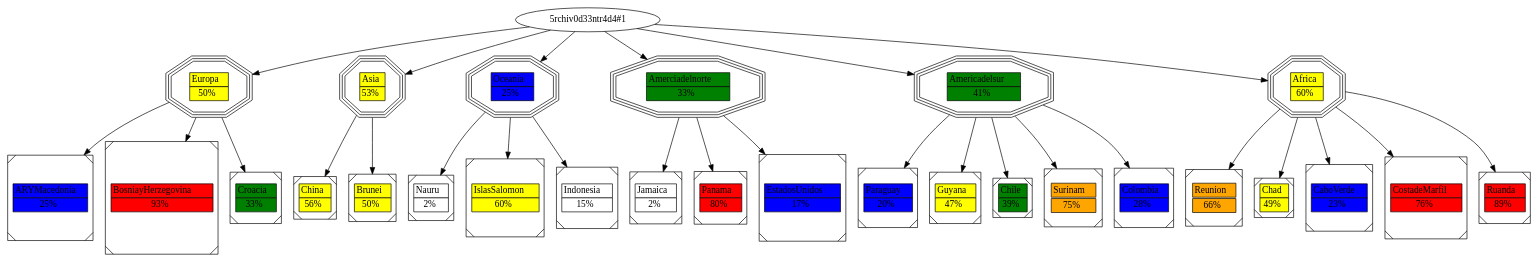
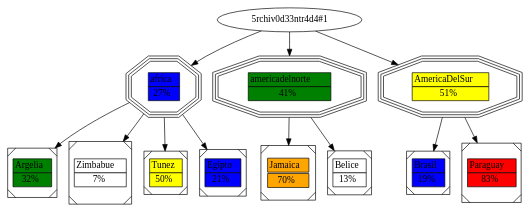
The diagram in graph.dot (C-arl-os/-LFP-2S24Proyectos_202201131), drawn with Graphviz before and after one commit. The commit also changed 8 other files, not shown here.

```diff
--- a/graph.dot
+++ b/graph.dot
@@ -1,77 +1,32 @@
 digraph G {
-"5rchiv0d33ntr4d4#1" -> "Europa"
-ARYMacedonia[label=<<table border="0" cellborder="1" cellspacing="0"><tr><td bgcolor="blue">ARYMacedonia</td></tr><tr><td bgcolor="blue">25%</td></tr></table>>, shape=Msquare];
-Europa -> ARYMacedonia
+"5rchiv0d33ntr4d4#1" -> "africa"
+Argelia[label=<<table border="0" cellborder="1" cellspacing="0"><tr><td bgcolor="green">Argelia</td></tr><tr><td bgcolor="green">32%</td></tr></table>>, shape=Msquare];
+africa -> Argelia
 
-BosniayHerzegovina[label=<<table border="0" cellborder="1" cellspacing="0"><tr><td bgcolor="red">BosniayHerzegovina</td></tr><tr><td bgcolor="red">93%</td></tr></table>>, shape=Msquare];
-Europa -> BosniayHerzegovina
+Zimbabue[label=<<table border="0" cellborder="1" cellspacing="0"><tr><td bgcolor="white">Zimbabue</td></tr><tr><td bgcolor="white">7%</td></tr></table>>, shape=Msquare];
+africa -> Zimbabue
 
-Croacia[label=<<table border="0" cellborder="1" cellspacing="0"><tr><td bgcolor="green">Croacia</td></tr><tr><td bgcolor="green">33%</td></tr></table>>, shape=Msquare];
-Europa -> Croacia
+Tunez[label=<<table border="0" cellborder="1" cellspacing="0"><tr><td bgcolor="yellow">Tunez</td></tr><tr><td bgcolor="yellow">50%</td></tr></table>>, shape=Msquare];
+africa -> Tunez
 
-Europa[label=<<table border="0" cellborder="1" cellspacing="0"><tr><td bgcolor="yellow">Europa</td></tr><tr><td bgcolor="yellow">50%</td></tr></table>>, shape=tripleoctagon];
-"5rchiv0d33ntr4d4#1" -> "Asia"
-China[label=<<table border="0" cellborder="1" cellspacing="0"><tr><td bgcolor="yellow">China</td></tr><tr><td bgcolor="yellow">56%</td></tr></table>>, shape=Msquare];
-Asia -> China
+Egipto[label=<<table border="0" cellborder="1" cellspacing="0"><tr><td bgcolor="blue">Egipto</td></tr><tr><td bgcolor="blue">21%</td></tr></table>>, shape=Msquare];
+africa -> Egipto
 
-Brunei[label=<<table border="0" cellborder="1" cellspacing="0"><tr><td bgcolor="yellow">Brunei</td></tr><tr><td bgcolor="yellow">50%</td></tr></table>>, shape=Msquare];
-Asia -> Brunei
+africa[label=<<table border="0" cellborder="1" cellspacing="0"><tr><td bgcolor="blue">africa</td></tr><tr><td bgcolor="blue">27%</td></tr></table>>, shape=tripleoctagon];
+"5rchiv0d33ntr4d4#1" -> "americadelnorte"
+Jamaica[label=<<table border="0" cellborder="1" ellspacing="0"><tr><td bgcolor="orange">Jamaica</td></tr><tr><td bgcolor="orange">70%</td></tr></table>>, shape=Msquare];
+americadelnorte -> Jamaica
 
-Asia[label=<<table border="0" cellborder="1" cellspacing="0"><tr><td bgcolor="yellow">Asia</td></tr><tr><td bgcolor="yellow">53%</td></tr></table>>, shape=tripleoctagon];
-"5rchiv0d33ntr4d4#1" -> "Oceania"
-Nauru[label=<<table border="0" cellborder="1" cellspacing="0"><tr><td bgcolor="white">Nauru</td></tr><tr><td bgcolor="white">2%</td></tr></table>>, shape=Msquare];
-Oceania -> Nauru
+Belice[label=<<table border="0" cellborder="1" cellspacing="0"><tr><td bgcolor="white">Belice</td></tr><tr><td bgcolor="white">13%</td></tr></table>>, shape=Msquare];
+americadelnorte -> Belice
 
-IslasSalomon[label=<<table border="0" cellborder="1" cellspacing="0"><tr><td bgcolor="yellow">IslasSalomon</td></tr><tr><td bgcolor="yellow">60%</td></tr></table>>, shape=Msquare];
-Oceania -> IslasSalomon
+americadelnorte[label=<<table border="0" cellborder="1" cellspacing="0"><tr><td bgcolor="green">americadelnorte</td></tr><tr><td bgcolor="green">41%</td></tr></table>>, shape=tripleoctagon];
+"5rchiv0d33ntr4d4#1" -> "AmericaDelSur"
+Brasil[label=<<table border="0" cellborder="1" cellspacing="0"><tr><td bgcolor="blue">Brasil</td></tr><tr><td bgcolor="blue">19%</td></tr></table>>, shape=Msquare];
+AmericaDelSur -> Brasil
 
-Indonesia[label=<<table border="0" cellborder="1" cellspacing="0"><tr><td bgcolor="white">Indonesia</td></tr><tr><td bgcolor="white">15%</td></tr></table>>, shape=Msquare];
-Oceania -> Indonesia
+Paraguay[label=<<table border="0" cellborder="1" cellspacing="0"><tr><td bgcolor="red">Paraguay</td></tr><tr><td bgcolor="red">83%</td></tr></table>>, shape=Msquare];
+AmericaDelSur -> Paraguay
 
-Oceania[label=<<table border="0" cellborder="1" cellspacing="0"><tr><td bgcolor="blue">Oceania</td></tr><tr><td bgcolor="blue">25%</td></tr></table>>, shape=tripleoctagon];
-"5rchiv0d33ntr4d4#1" -> "Amerciadelnorte"
-Jamaica[label=<<table border="0" cellborder="1" cellspacing="0"><tr><td bgcolor="white">Jamaica</td></tr><tr><td bgcolor="white">2%</td></tr></table>>, shape=Msquare];
-Amerciadelnorte -> Jamaica
-
-Panama[label=<<table border="0" cellborder="1" cellspacing="0"><tr><td bgcolor="red">Panama</td></tr><tr><td bgcolor="red">80%</td></tr></table>>, shape=Msquare];
-Amerciadelnorte -> Panama
-
-EstadosUnidos[label=<<table border="0" cellborder="1" cellspacing="0"><tr><td bgcolor="blue">EstadosUnidos</td></tr><tr><td bgcolor="blue">17%</td></tr></table>>, shape=Msquare];
-Amerciadelnorte -> EstadosUnidos
-
-Amerciadelnorte[label=<<table border="0" cellborder="1" cellspacing="0"><tr><td bgcolor="green">Amerciadelnorte</td></tr><tr><td bgcolor="green">33%</td></tr></table>>, shape=tripleoctagon];
-"5rchiv0d33ntr4d4#1" -> "Americadelsur"
-Paraguay[label=<<table border="0" cellborder="1" cellspacing="0"><tr><td bgcolor="blue">Paraguay</td></tr><tr><td bgcolor="blue">20%</td></tr></table>>, shape=Msquare];
-Americadelsur -> Paraguay
-
-Guyana[label=<<table border="0" cellborder="1" cellspacing="0"><tr><td bgcolor="yellow">Guyana</td></tr><tr><td bgcolor="yellow">47%</td></tr></table>>, shape=Msquare];
-Americadelsur -> Guyana
-
-Chile[label=<<table border="0" cellborder="1" cellspacing="0"><tr><td bgcolor="green">Chile</td></tr><tr><td bgcolor="green">39%</td></tr></table>>, shape=Msquare];
-Americadelsur -> Chile
-
-Surinam[label=<<table border="0" cellborder="1" ellspacing="0"><tr><td bgcolor="orange">Surinam</td></tr><tr><td bgcolor="orange">75%</td></tr></table>>, shape=Msquare];
-Americadelsur -> Surinam
-
-Colombia[label=<<table border="0" cellborder="1" cellspacing="0"><tr><td bgcolor="blue">Colombia</td></tr><tr><td bgcolor="blue">28%</td></tr></table>>, shape=Msquare];
-Americadelsur -> Colombia
-
-Americadelsur[label=<<table border="0" cellborder="1" cellspacing="0"><tr><td bgcolor="green">Americadelsur</td></tr><tr><td bgcolor="green">41%</td></tr></table>>, shape=tripleoctagon];
-"5rchiv0d33ntr4d4#1" -> "Africa"
-Reunion[label=<<table border="0" cellborder="1" ellspacing="0"><tr><td bgcolor="orange">Reunion</td></tr><tr><td bgcolor="orange">66%</td></tr></table>>, shape=Msquare];
-Africa -> Reunion
-
-Chad[label=<<table border="0" cellborder="1" cellspacing="0"><tr><td bgcolor="yellow">Chad</td></tr><tr><td bgcolor="yellow">49%</td></tr></table>>, shape=Msquare];
-Africa -> Chad
-
-CaboVerde[label=<<table border="0" cellborder="1" cellspacing="0"><tr><td bgcolor="blue">CaboVerde</td></tr><tr><td bgcolor="blue">23%</td></tr></table>>, shape=Msquare];
-Africa -> CaboVerde
-
-CostadeMarfil[label=<<table border="0" cellborder="1" cellspacing="0"><tr><td bgcolor="red">CostadeMarfil</td></tr><tr><td bgcolor="red">76%</td></tr></table>>, shape=Msquare];
-Africa -> CostadeMarfil
-
-Ruanda[label=<<table border="0" cellborder="1" cellspacing="0"><tr><td bgcolor="red">Ruanda</td></tr><tr><td bgcolor="red">89%</td></tr></table>>, shape=Msquare];
-Africa -> Ruanda
-
-Africa[label=<<table border="0" cellborder="1" cellspacing="0"><tr><td bgcolor="yellow">Africa</td></tr><tr><td bgcolor="yellow">60%</td></tr></table>>, shape=tripleoctagon];
+AmericaDelSur[label=<<table border="0" cellborder="1" cellspacing="0"><tr><td bgcolor="yellow">AmericaDelSur</td></tr><tr><td bgcolor="yellow">51%</td></tr></table>>, shape=tripleoctagon];
 }
```
